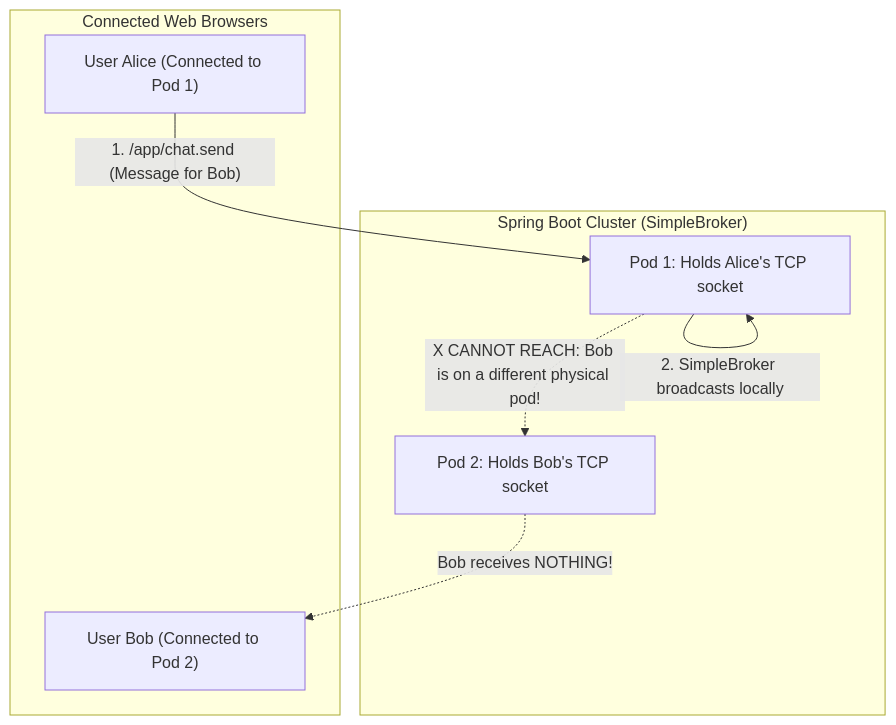
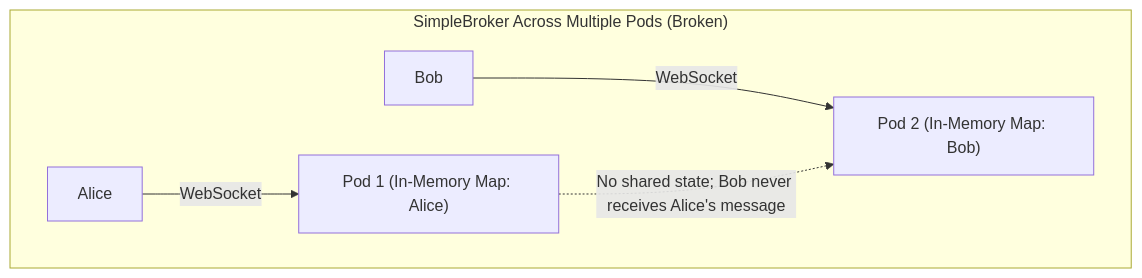
One commit to ravishankar2463/java_hub changed the second of 4 diagrams in content/roadmap/level-9/real-time-messaging-websockets-sse.md. Above: the diagram before and after it, drawn with Mermaid. The commit also changed other lines of this file and 119 other files, not shown here.

Commit message:
feat: add comprehensive java learning roadmap content across multiple levels

````diff
--- a/content/roadmap/level-9/real-time-messaging-websockets-sse.md
+++ b/content/roadmap/level-9/real-time-messaging-websockets-sse.md
@@ -250,17 +239,8 @@
 ```mermaid
 flowchart TD
-    subgraph Clients["Connected Web Browsers"]
-        UserAlice["User Alice (Connected to Pod 1)"]
-        UserBob["User Bob (Connected to Pod 2)"]
+    subgraph Problem["SimpleBroker Across Multiple Pods (Broken)"]
+        Alice1["Alice"] -->|"WebSocket"| PodA["Pod 1 (In-Memory Map: Alice)"]
+        Bob1["Bob"] -->|"WebSocket"| PodB["Pod 2 (In-Memory Map: Bob)"]
+        PodA -.->|"No shared state; Bob never receives Alice's message"| PodB
     end
-
-    subgraph K8sPods["Spring Boot Cluster (SimpleBroker)"]
-        Pod1["Pod 1: Holds Alice's TCP socket"]
-        Pod2["Pod 2: Holds Bob's TCP socket"]
-    end
-
-    UserAlice -->|"1. /app/chat.send (Message for Bob)"| Pod1
-    Pod1 -->|"2. SimpleBroker broadcasts locally"| Pod1
-    Pod1 -.->|"X CANNOT REACH: Bob is on a different physical pod!"| Pod2
-    Pod2 -.->|"Bob receives NOTHING!"| UserBob
 ```
````
